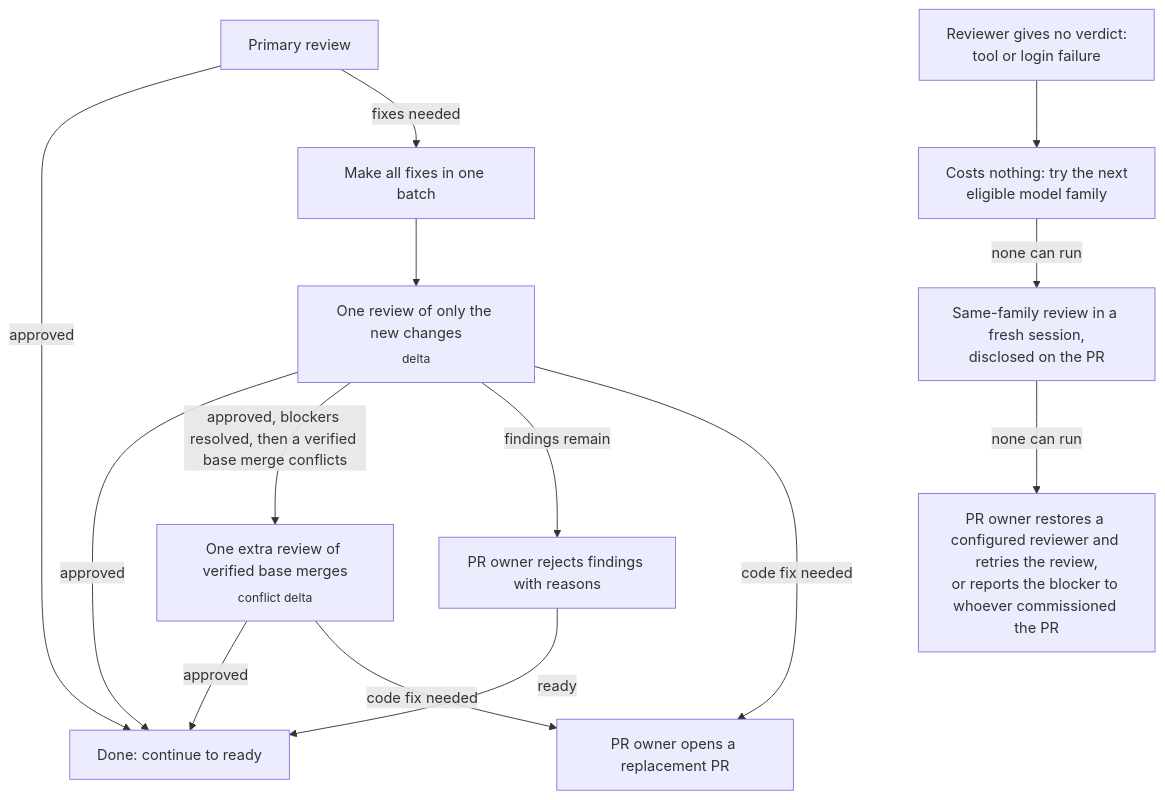
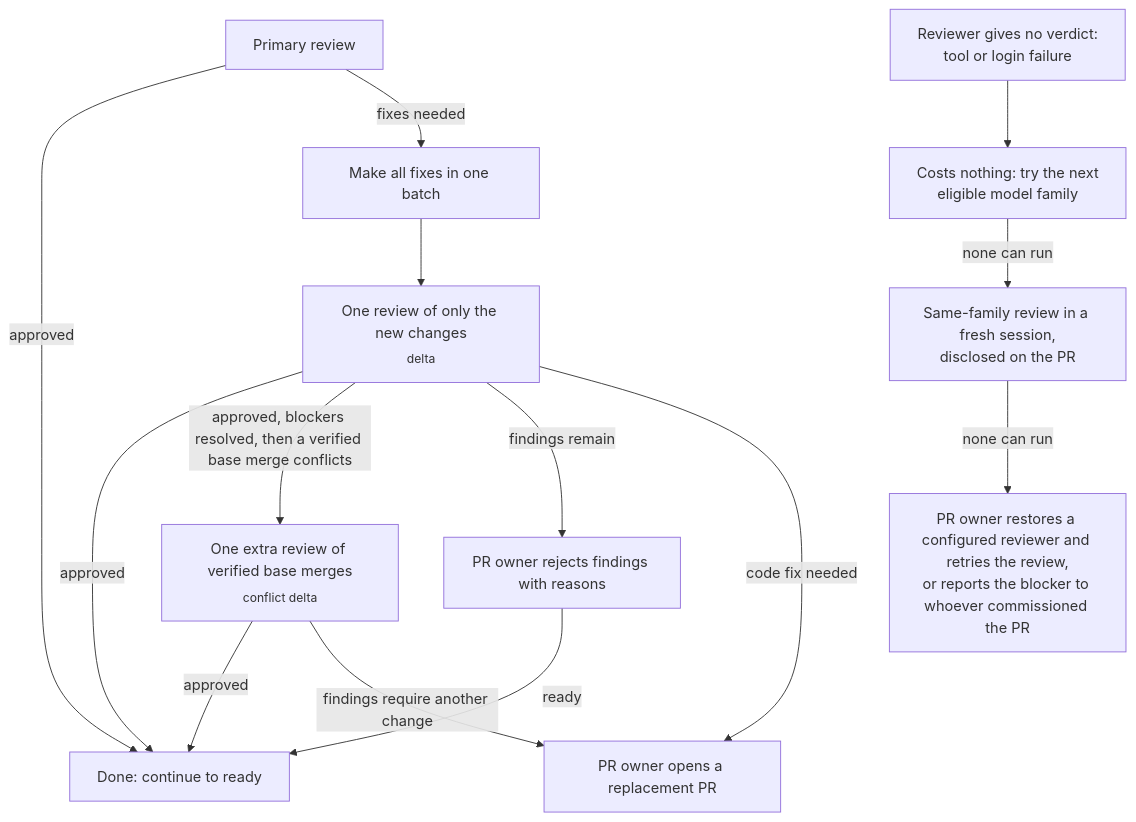
Before and after one commit to feder-positronics/loop-zero: the second of 3 diagrams in docs/WORKFLOW.md, drawn with Mermaid. The commit also changed other lines of this file and 5 other files, not shown here.

````diff
--- a/docs/WORKFLOW.md
+++ b/docs/WORKFLOW.md
@@ -37,16 +39,16 @@
 ```mermaid
 flowchart TD
     A["Primary review"] -->|approved| Z["Done: continue to ready"]
     A -->|fixes needed| B["Make all fixes in one batch"]
     B --> C["One review of only the new changes<br/><sub>delta</sub>"]
     C -->|approved| Z
     C -->|approved, blockers resolved, then a verified base merge conflicts| M["One extra review of verified base merges<br/><sub>conflict delta</sub>"]
     M -->|approved| Z
-    M -->|code fix needed| E
+    M -->|findings require another change| E
     C -->|findings remain| D["PR owner rejects findings with reasons"]
     D -->|ready| Z
     C -->|code fix needed| E["PR owner opens a replacement PR"]
     G["Reviewer gives no verdict:<br/>tool or login failure"] --> H["Costs nothing: try the next<br/>eligible model family"]
     H -->|none can run| J["Same-family review in a fresh session,<br/>disclosed on the PR"]
     J -->|none can run| I["PR owner restores a configured reviewer and retries the review,<br/>or reports the blocker to whoever commissioned the PR"]
 ```
````
